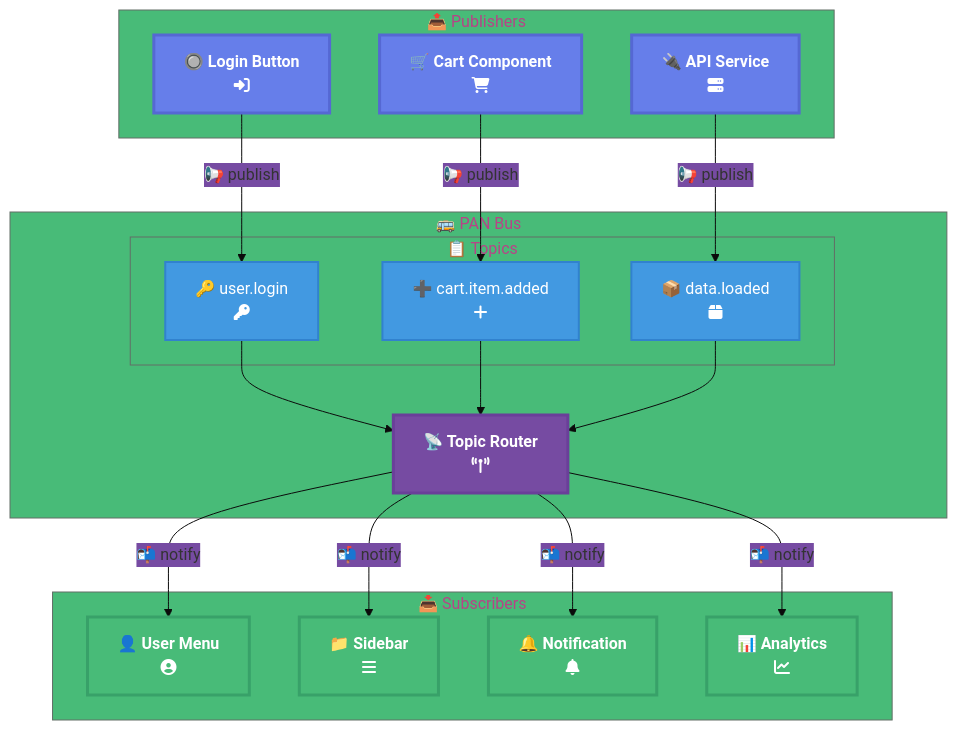
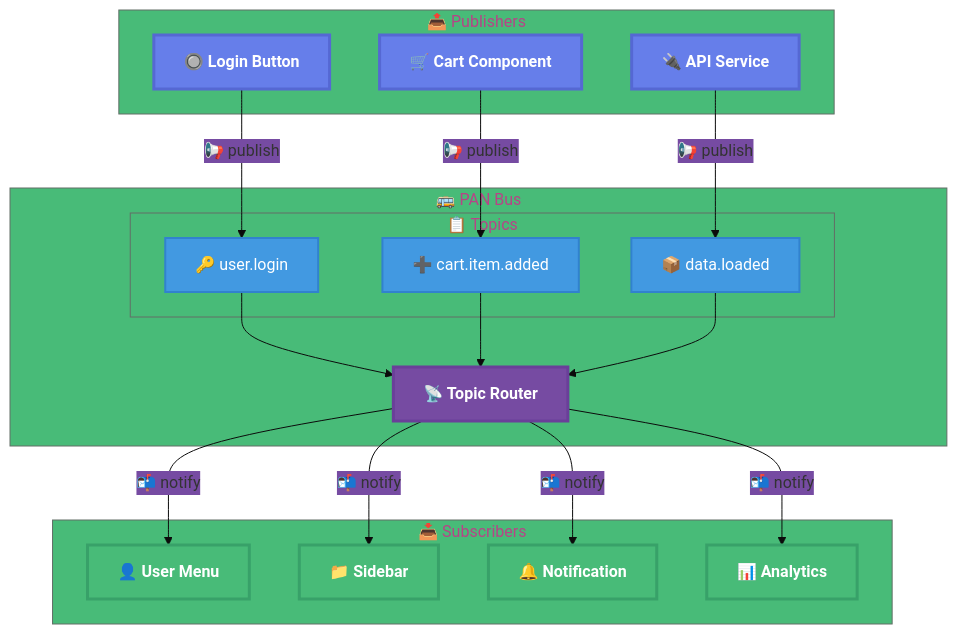
The first of 10 diagrams in docs/books/learning-larc/diagrams/05-pan-bus.md (larcjs/larc), drawn with Mermaid before and after one commit. The commit also changed other lines of this file and 1 other file, not shown here.

First line of the commit message:
fix: remove FontAwesome icon references from diagrams

````diff
--- a/docs/books/learning-larc/diagrams/05-pan-bus.md
+++ b/docs/books/learning-larc/diagrams/05-pan-bus.md
@@ -5,49 +5,49 @@
 ```mermaid
 %%{init: {'theme':'base', 'themeVariables': { 'primaryColor':'#667eea','secondaryColor':'#764ba2','tertiaryColor':'#48bb78'}}}%%
 graph TB
     subgraph Publishers["📤 Publishers"]
-        P1["🔘 Login Button<br/>fa:fa-sign-in-alt"]
-        P2["🛒 Cart Component<br/>fa:fa-shopping-cart"]
-        P3["🔌 API Service<br/>fa:fa-server"]
+        P1["🔘 Login Button"]
+        P2["🛒 Cart Component"]
+        P3["🔌 API Service"]
     end
 
     subgraph PAN["🚌 PAN Bus"]
-        Router["📡 Topic Router<br/>fa:fa-broadcast-tower"]
+        Router["📡 Topic Router"]
 
         subgraph Topics["📋 Topics"]
-            T1["🔑 user.login<br/>fa:fa-key"]
-            T2["➕ cart.item.added<br/>fa:fa-plus"]
-            T3["📦 data.loaded<br/>fa:fa-box"]
+            T1["🔑 user.login"]
+            T2["➕ cart.item.added"]
+            T3["📦 data.loaded"]
         end
     end
 
     subgraph Subscribers["📥 Subscribers"]
-        S1["👤 User Menu<br/>fa:fa-user-circle"]
-        S2["📁 Sidebar<br/>fa:fa-bars"]
-        S3["🔔 Notification<br/>fa:fa-bell"]
-        S4["📊 Analytics<br/>fa:fa-chart-line"]
+        S1["👤 User Menu"]
+        S2["📁 Sidebar"]
+        S3["🔔 Notification"]
+        S4["📊 Analytics"]
     end
 
     P1 -->|📢 publish| T1
     P2 -->|📢 publish| T2
     P3 -->|📢 publish| T3
 
     T1 --> Router
     T2 --> Router
     T3 --> Router
 
     Router -->|📬 notify| S1
     Router -->|📬 notify| S2
     Router -->|📬 notify| S3
     Router -->|📬 notify| S4
 
     classDef publisher fill:#667eea,stroke:#5568d3,stroke-width:3px,color:#fff,font-weight:bold
     classDef pan fill:#764ba2,stroke:#6a3f99,stroke-width:3px,color:#fff,font-weight:bold
     classDef subscriber fill:#48bb78,stroke:#38a169,stroke-width:3px,color:#fff,font-weight:bold
     classDef topic fill:#4299e1,stroke:#3182ce,stroke-width:2px,color:#fff
 
     class P1,P2,P3 publisher
     class Router pan
     class S1,S2,S3,S4 subscriber
     class T1,T2,T3 topic
 ```
````
